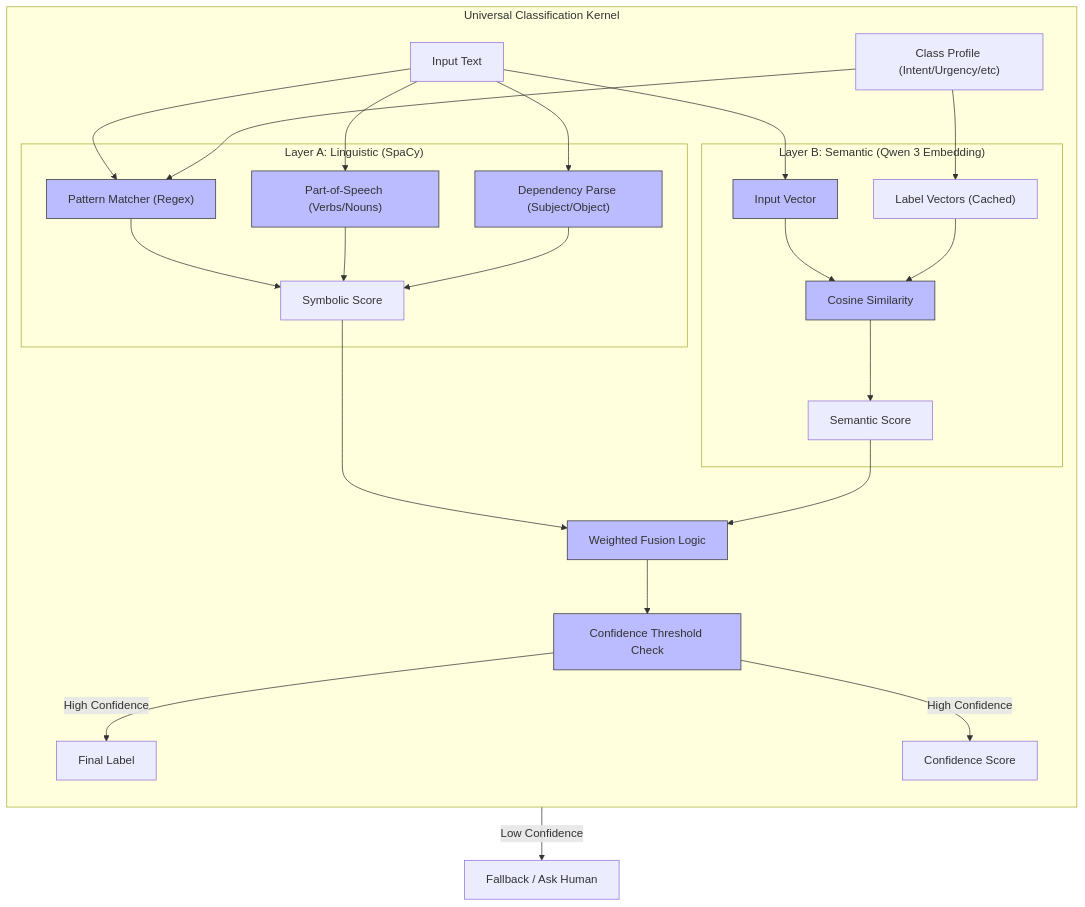
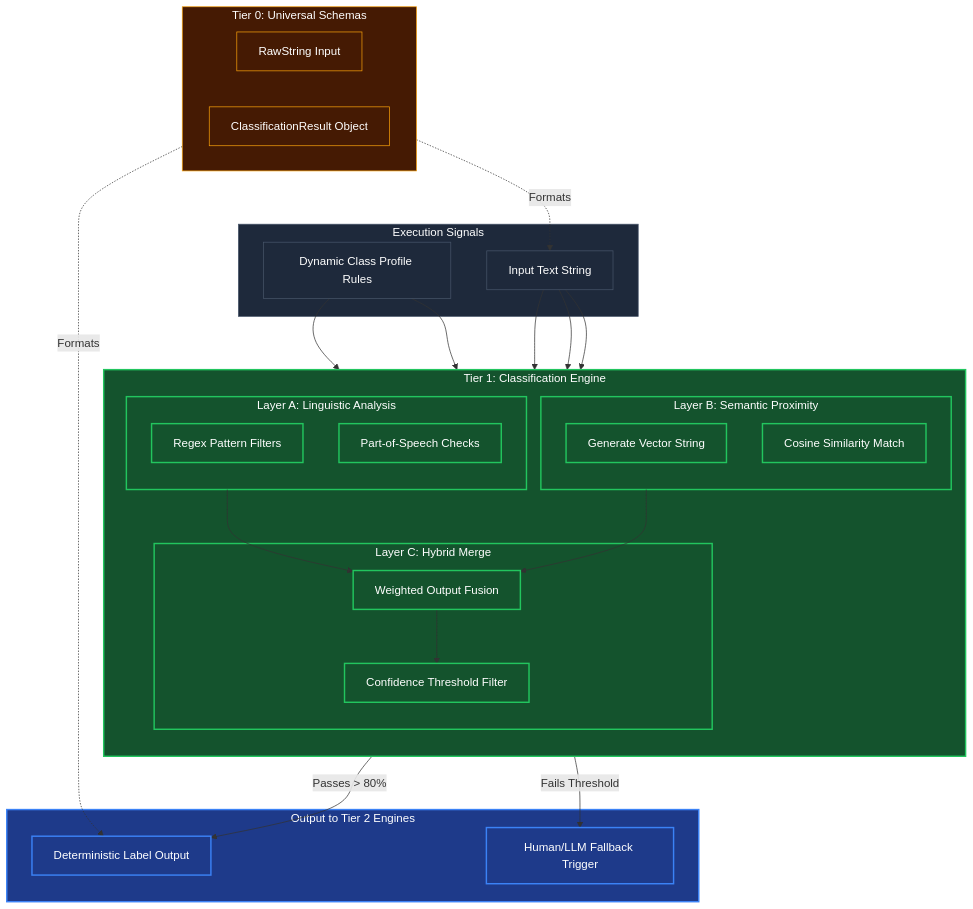
Before and after one commit to azzindani/Kea: the diagram in redesign/tier_1/classification.md, drawn with Mermaid. The commit also changed other lines of this file and 22 other files, not shown here.

Commit message:
feat: Define the conceptual architecture and components for Kea's multi-tiered redesign across tiers 0-6.

````diff
--- a/redesign/tier_1/classification.md
+++ b/redesign/tier_1/classification.md
@@ -1,62 +8,73 @@
 ```mermaid
 ---
 config:
   layout: dagre
 ---
 flowchart TB
- subgraph sUniversal["Universal Classification Kernel"]
+    %% DOWNSTREAM IMPORTS
+    subgraph sTier0["Tier 0: Universal Schemas"]
+        direction LR
+        nSchemaRaw["RawString Input"]
+        nSchemaClass["ClassificationResult Object"]
+    end
+
+    %% INPUTS
+    subgraph sInputs["Execution Signals"]
+        nInput["Input Text String"]
+        nProfile["Dynamic Class Profile Rules"]
+    end
+
+    %% TIER 1 CORE
+    subgraph sTier1["Tier 1: Classification Engine"]
         direction TB
         
-        %% INPUTS
-        nInput["Input Text"]
-        nProfile["Class Profile (Intent/Urgency/etc)"]
-        
-        %% LAYER 1: SpaCy (Fast/Syntax)
-        subgraph sSpacy["Layer A: Linguistic (SpaCy)"]
-            nPattern["Pattern Matcher (Regex)"]
-            nPOS["Part-of-Speech (Verbs/Nouns)"]
-            nDep["Dependency Parse (Subject/Object)"]
-            nScoreA["Symbolic Score"]
+        %% LAYER 1: Fast Regex/Syntax
+        subgraph sSpacy["Layer A: Linguistic Analysis"]
+            nPattern["Regex Pattern Filters"]
+            nPOS["Part-of-Speech Checks"]
         end
 
-        %% LAYER 2: Embedding (Slow/Semantic)
-        subgraph sEmbed["Layer B: Semantic (Qwen 3 Embedding)"]
-            nVecInput["Input Vector"]
-            nVecLabels["Label Vectors (Cached)"]
-            nCosine["Cosine Similarity"]
-            nScoreB["Semantic Score"]
+        %% LAYER 2: Vector Search
+        subgraph sEmbed["Layer B: Semantic Proximity"]
+            nVecInput["Generate Vector String"]
+            nCosine["Cosine Similarity Match"]
         end
 
-        %% LAYER 3: Hybrid Fusion
-        nFusion["Weighted Fusion Logic"]
-        nThreshold["Confidence Threshold Check"]
-        
-        %% OUTPUTS
-        nLabel["Final Label"]
-        nConf["Confidence Score"]
-  end
+        %% LAYER 3: Merge
+        subgraph sFusion["Layer C: Hybrid Merge"]
+            nFusion["Weighted Output Fusion"]
+            nThreshold["Confidence Threshold Filter"]
+        end
+    end
 
-    %% Flow
-    nInput --> nPattern & nPOS & nDep
+    %% OUTPUTS
+    subgraph sOutput["Output to Tier 2 Engines"]
+        nLabel["Deterministic Label Output"]
+        nFallback["Human/LLM Fallback Trigger"]
+    end
+
+    %% T0 Mappings
+    nSchemaRaw -.->|Formats| nInput
+    nSchemaClass -.->|Formats| nLabel
+
+    %% Routing
+    nInput --> nPattern & nPOS
     nInput --> nVecInput
-    nProfile --> nPattern
-    nProfile --> nVecLabels
+    nProfile --> nPattern & nCosine
 
-    %% Spacy Logic
-    nPattern & nPOS & nDep --> nScoreA
+    sSpacy & sEmbed --> nFusion --> nThreshold
+    
+    nThreshold -- "Passes > 80%" --> nLabel
+    nThreshold -- "Fails Threshold" --> nFallback
 
-    %% Embedding Logic
-    nVecInput & nVecLabels --> nCosine
-    nCosine --> nScoreB
-
-    %% Fusion
-    nScoreA --> nFusion
-    nScoreB --> nFusion
-    nFusion --> nThreshold
+    %% Styling
+    classDef t0 fill:#451A03,stroke:#F59E0B,stroke-width:1px,color:#fff
+    classDef t1 fill:#14532D,stroke:#22C55E,stroke-width:2px,color:#fff
+    classDef signal fill:#1e293b,stroke:#475569,stroke-width:1px,color:#fff
+    classDef out fill:#1E3A8A,stroke:#3B82F6,stroke-width:2px,color:#fff
     
-    nThreshold -- "High Confidence" --> nLabel & nConf
-    nThreshold -- "Low Confidence" --> nFallback["Fallback / Ask Human"]
-
-    classDef proc fill:#bbf,stroke:#333,stroke-width:1px;
-    class nPattern,nPOS,nDep,nVecInput,nCosine,nFusion,nThreshold proc;
+    class sTier0,nSchemaRaw,nSchemaClass t0
+    class sTier1,sSpacy,sEmbed,sFusion,nPattern,nPOS,nVecInput,nCosine,nFusion,nThreshold t1
+    class sInputs,nInput,nProfile signal
+    class sOutput,nLabel,nFallback out
 ```
````
